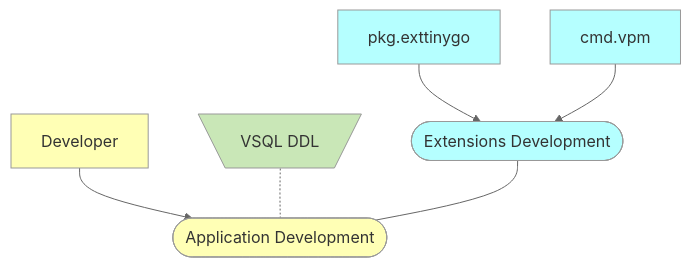
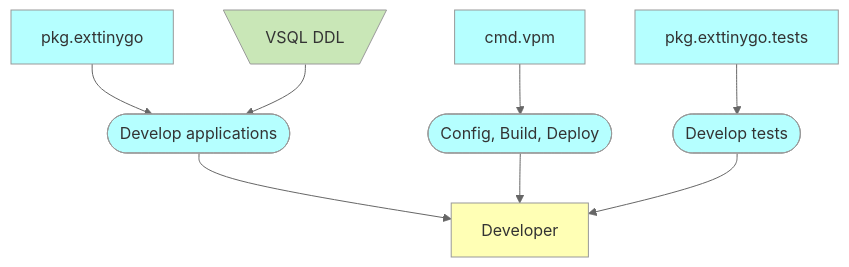
One commit to voedger/voedger-internals changed the diagram in framework/README.md. Above: the diagram before and after it, drawn with Mermaid (neutral theme). The commit also changed other lines of this file and 2 other files, not shown here.

Commit message:
Update Voedger Platform documentation

````diff
--- a/framework/README.md
+++ b/framework/README.md
@@ -3,30 +5,35 @@
 ```mermaid
     graph TD
 
     %% Entities ====================
 
     Developer[Developer]:::B
+    DevelopTests([Develop tests]):::S
+    DevelopApps([Develop applications]):::S
 
     vsqlddl[\VSQL DDL/]:::H  
     pkg.exttinygo:::S
+    pkg.exttinygo.tests:::S
     cmd.vpm:::S
 
-    ExtDevelopment([Extensions Development]):::S
-    Development([Application Development]):::B
+    CBD([Config, Build, Deploy]):::S
 
 
     %% Relations ====================
 
-    pkg.exttinygo --> ExtDevelopment
-    cmd.vpm --> ExtDevelopment
-    Developer --> Development
-    vsqlddl -.- Development
+    pkg.exttinygo --> DevelopApps
+    vsqlddl --> DevelopApps
+    
+    pkg.exttinygo.tests --> DevelopTests
 
-    ExtDevelopment --- Development
+    cmd.vpm --> CBD
 
+    DevelopApps --> Developer
+    CBD --> Developer
+    DevelopTests --> Developer
 
     classDef B fill:#FFFFB5,color:#333
     classDef S fill:#B5FFFF,color:#333
     classDef H fill:#C9E7B7,color:#333
     classDef G fill:#ffffff15, stroke:#999, stroke-width:2px, stroke-dasharray: 5 5
 ```
````
